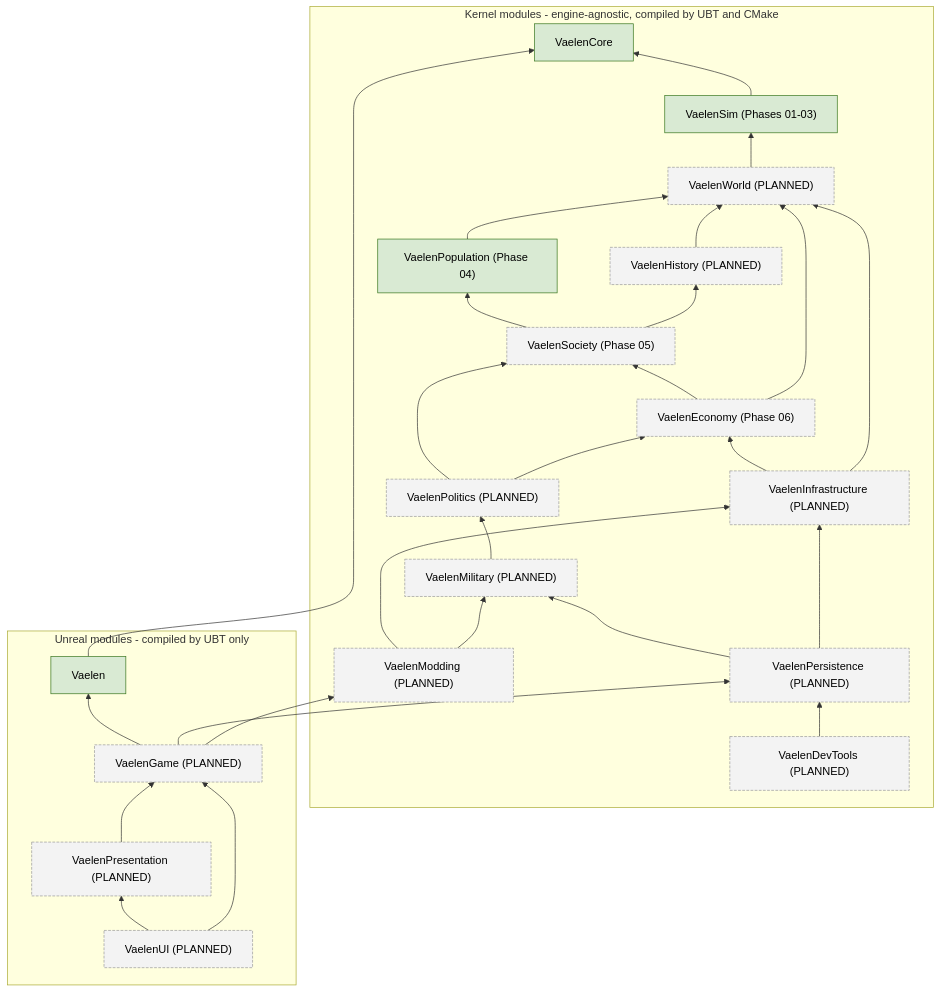
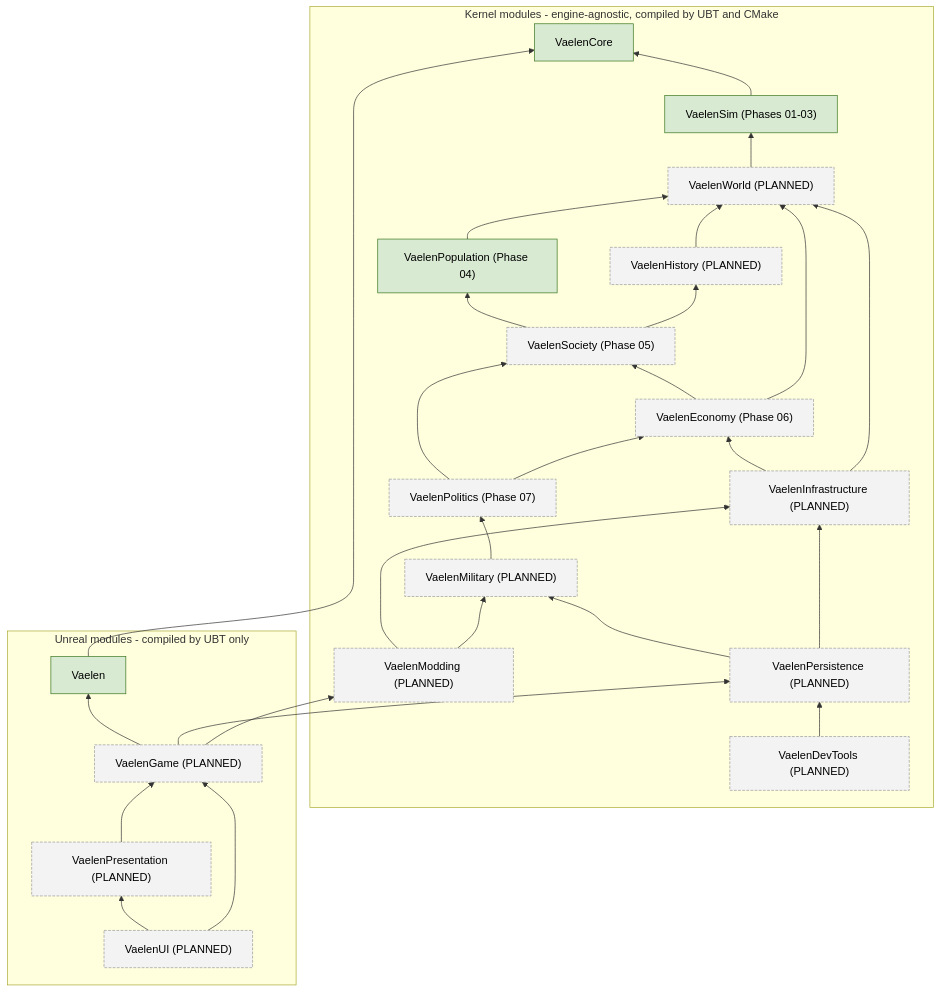
Before and after one commit to Thomas10112/vaelen: the second of 2 diagrams in Docs/ARCHITECTURE.md, drawn with Mermaid. The commit also changed other lines of this file and 18 other files, not shown here.

First line of the commit message:
07.01 VaelenPolitics module and polities

````diff
--- a/Docs/ARCHITECTURE.md
+++ b/Docs/ARCHITECTURE.md
@@ -169,56 +171,56 @@
 ```mermaid
 flowchart BT
     subgraph Kernel["Kernel modules - engine-agnostic, compiled by UBT and CMake"]
         Core["VaelenCore"]
         Sim["VaelenSim (Phases 01-03)"]
         World["VaelenWorld (PLANNED)"]
         History["VaelenHistory (PLANNED)"]
         Population["VaelenPopulation (Phase 04)"]
         Society["VaelenSociety (Phase 05)"]
         Economy["VaelenEconomy (Phase 06)"]
-        Politics["VaelenPolitics (PLANNED)"]
+        Politics["VaelenPolitics (Phase 07)"]
         Military["VaelenMilitary (PLANNED)"]
         Infrastructure["VaelenInfrastructure (PLANNED)"]
         Persistence["VaelenPersistence (PLANNED)"]
         DevTools["VaelenDevTools (PLANNED)"]
         Modding["VaelenModding (PLANNED)"]
     end
     subgraph Unreal["Unreal modules - compiled by UBT only"]
         Bridge["Vaelen"]
         Game["VaelenGame (PLANNED)"]
         Presentation["VaelenPresentation (PLANNED)"]
         UI["VaelenUI (PLANNED)"]
     end
 
     Sim --> Core
     World --> Sim
     History --> World
     Population --> World
     Society --> Population
     Society --> History
     Economy --> Society
     Economy --> World
     Politics --> Society
     Politics --> Economy
     Military --> Politics
     Infrastructure --> Economy
     Infrastructure --> World
     Persistence --> Military
     Persistence --> Infrastructure
     DevTools --> Persistence
     Modding --> Infrastructure
     Modding --> Military
 
     Bridge --> Core
     Game --> Bridge
     Game --> Persistence
     Game --> Modding
     Presentation --> Game
     UI --> Presentation
     UI --> Game
 
     classDef existing fill:#d9ead3,stroke:#38761d,color:#000;
     classDef planned fill:#f3f3f3,stroke:#999,color:#000,stroke-dasharray: 4 2;
     class Core,Bridge,Sim,Population existing;
     class World,History,Society,Economy,Politics,Military,Infrastructure,Persistence,DevTools,Modding,Game,Presentation,UI planned;
 ```
````
